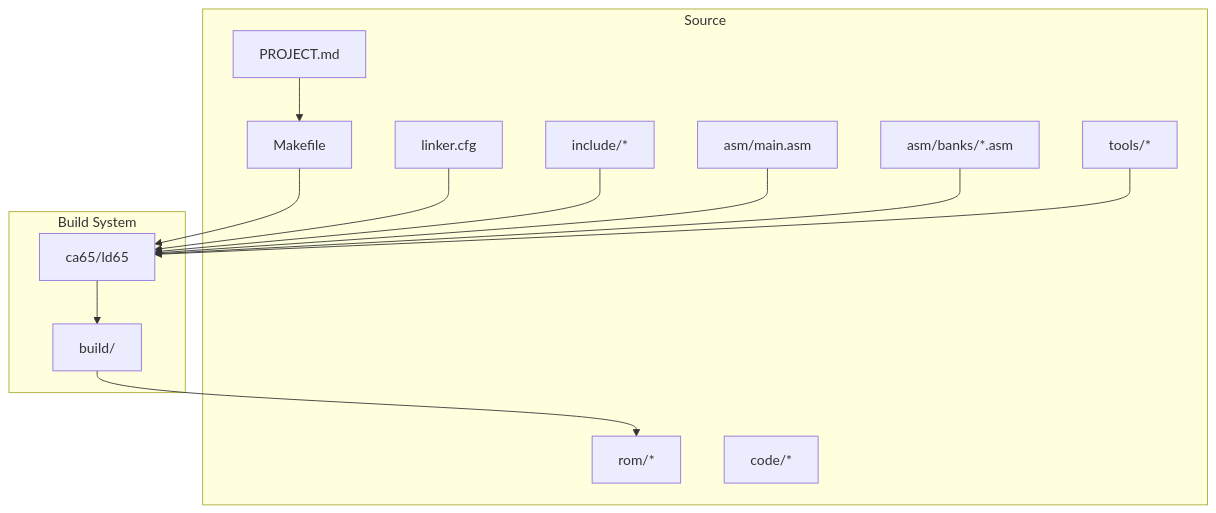
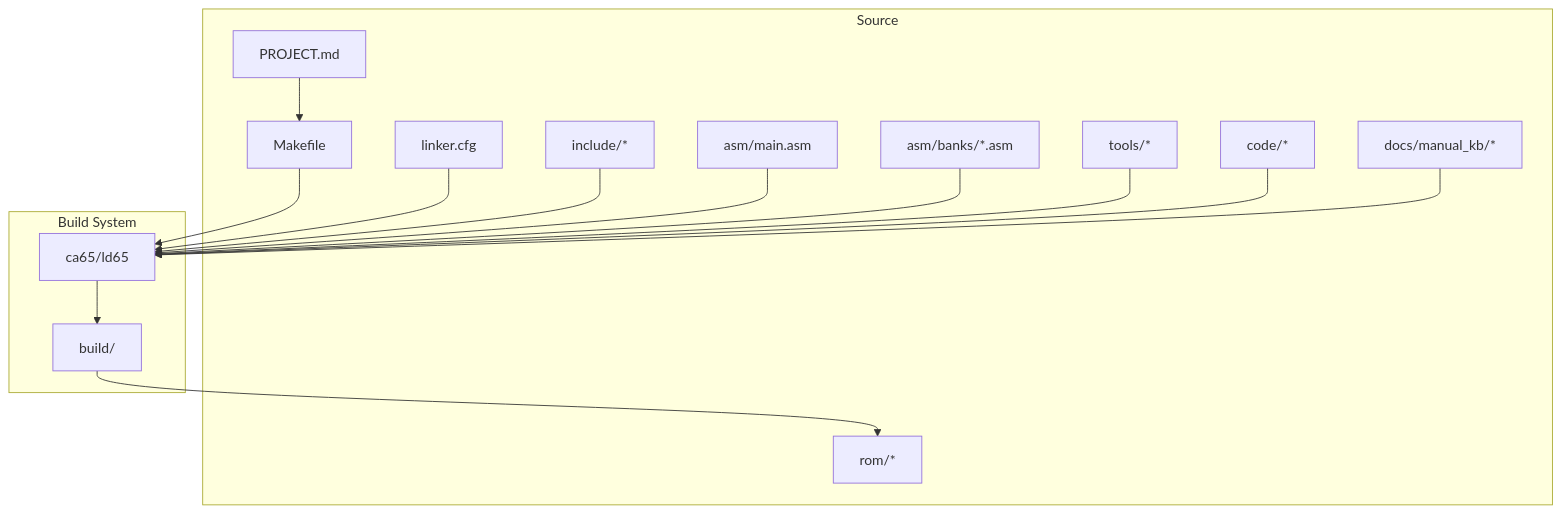
One commit to rabbyzero/sango2dasm changed the first of 10 diagrams in .qoder/repowiki/en/content/Project Overview/Project Overview.md. Above: the diagram before and after it, drawn with Mermaid. The commit also changed other lines of this file and 117 other files, not shown here.

````diff
--- a/.qoder/repowiki/en/content/Project Overview/Project Overview.md
+++ b/.qoder/repowiki/en/content/Project Overview/Project Overview.md
@@ -60,26 +70,29 @@
 ```mermaid
 graph TB
 subgraph "Source"
 A["PROJECT.md"]
 B["Makefile"]
 C["linker.cfg"]
 D["include/*"]
 E["asm/main.asm"]
 F["asm/banks/*.asm"]
 G["rom/*"]
 H["tools/*"]
 I["code/*"]
+J["docs/manual_kb/*"]
 end
 subgraph "Build System"
-J["ca65/ld65"]
-K["build/"]
+K["ca65/ld65"]
+L["build/"]
 end
-A --> B --> J
-C --> J
-D --> J
-E --> J
-F --> J
-H --> J
+A --> B --> K
+C --> K
+D --> K
+E --> K
+F --> K
+H --> K
+I --> K
 J --> K
-K --> G
+K --> L
+L --> G
 ```
````
